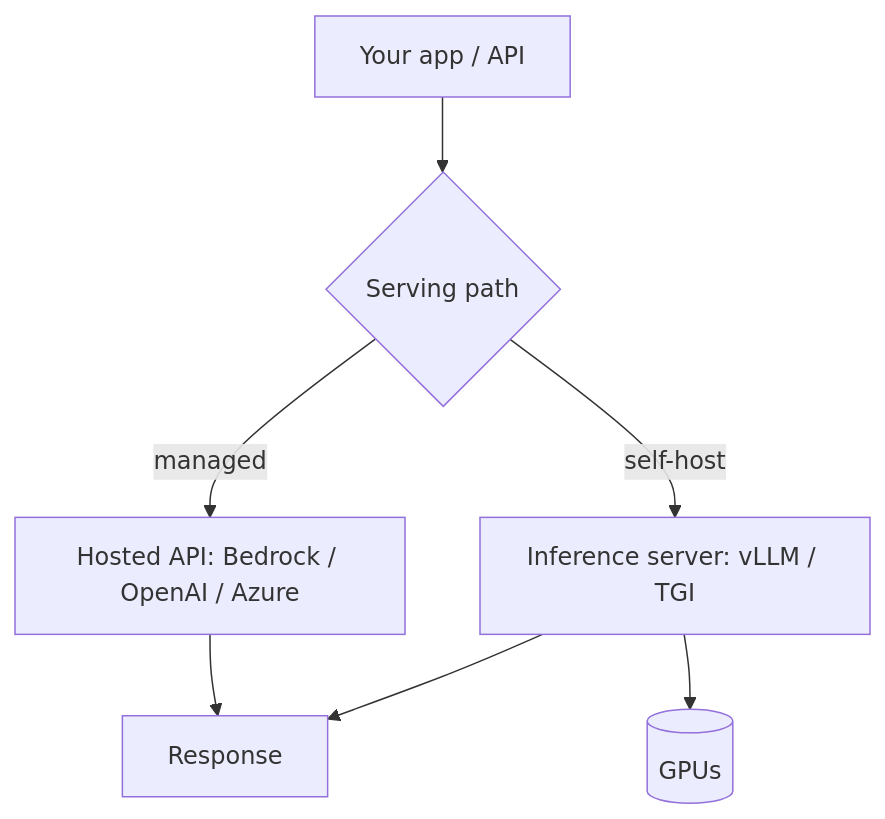
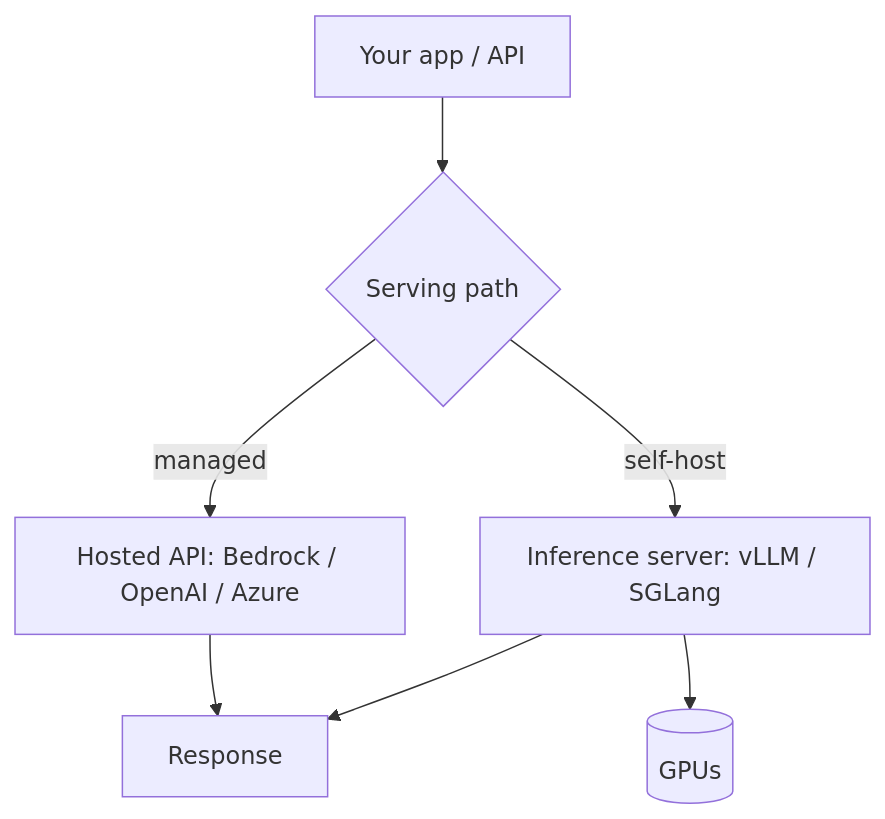
Before and after one commit to klnjoy/offerready: the first of 2 diagrams in content/GenAI-Topics/llmops/index.md, drawn with Mermaid. The commit also changed other lines of this file and 116 other files, not shown here.

````diff
--- a/content/GenAI-Topics/llmops/index.md
+++ b/content/GenAI-Topics/llmops/index.md
@@ -15,9 +31,9 @@
 ```mermaid
 flowchart TB
     APP[Your app / API] --> CHOICE{Serving path}
     CHOICE -->|managed| API[Hosted API: Bedrock / OpenAI / Azure]
-    CHOICE -->|self-host| SRV[Inference server: vLLM / TGI]
+    CHOICE -->|self-host| SRV[Inference server: vLLM / SGLang]
     SRV --> GPU[(GPUs)]
     API --> APP2[Response]
     SRV --> APP2
 ```
````
